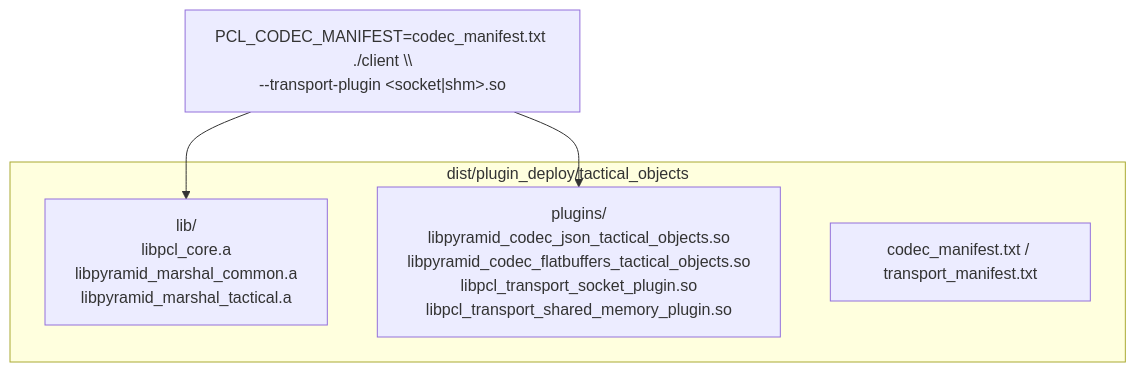
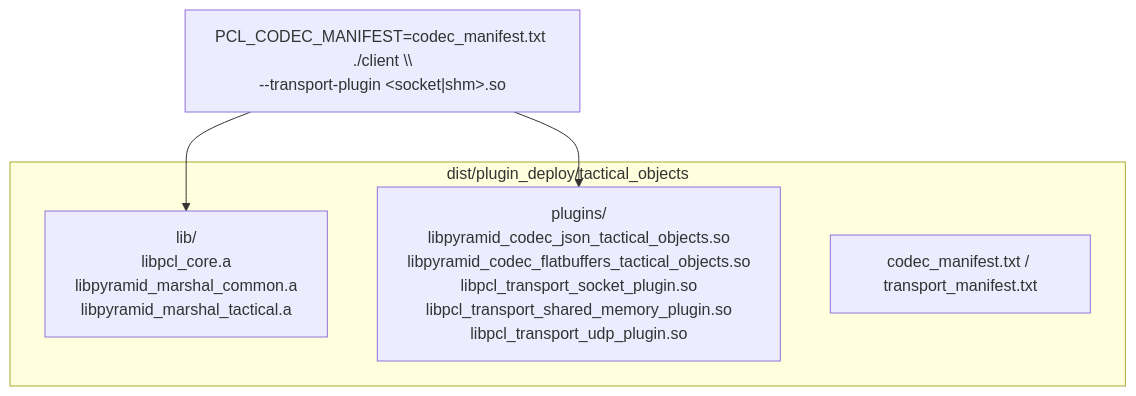
Before and after one commit to Ackoogin/mujin: the fourth of 4 diagrams in subprojects/PYRAMID/doc/architecture/transport_codec_plugin_system.md, drawn with Mermaid. The commit also changed other lines of this file and 4 other files, not shown here.

````diff
--- a/subprojects/PYRAMID/doc/architecture/transport_codec_plugin_system.md
+++ b/subprojects/PYRAMID/doc/architecture/transport_codec_plugin_system.md
@@ -155,10 +176,10 @@
 ```mermaid
 flowchart TB
   subgraph Deploy["dist/plugin_deploy/tactical_objects"]
     Lib["lib/<br/>libpcl_core.a<br/>libpyramid_marshal_common.a<br/>libpyramid_marshal_tactical.a"]
-    Plug["plugins/<br/>libpyramid_codec_json_tactical_objects.so<br/>libpyramid_codec_flatbuffers_tactical_objects.so<br/>libpcl_transport_socket_plugin.so<br/>libpcl_transport_shared_memory_plugin.so"]
+    Plug["plugins/<br/>libpyramid_codec_json_tactical_objects.so<br/>libpyramid_codec_flatbuffers_tactical_objects.so<br/>libpcl_transport_socket_plugin.so<br/>libpcl_transport_shared_memory_plugin.so<br/>libpcl_transport_udp_plugin.so"]
     Man["codec_manifest.txt / transport_manifest.txt"]
   end
   Run["PCL_CODEC_MANIFEST=codec_manifest.txt ./client \\<br/>--transport-plugin &lt;socket|shm&gt;.so"] --> Plug
   Run --> Lib
 ```
````
